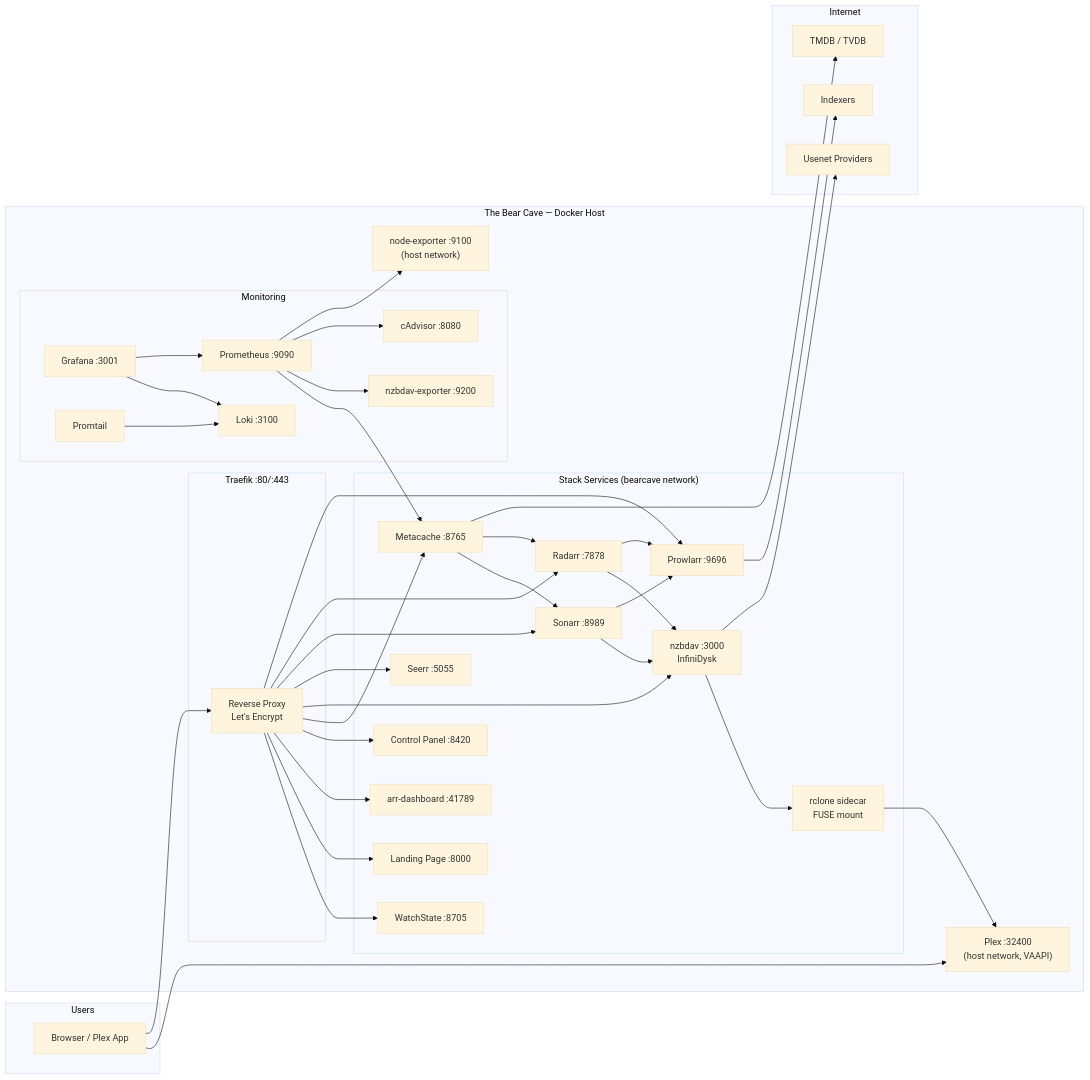
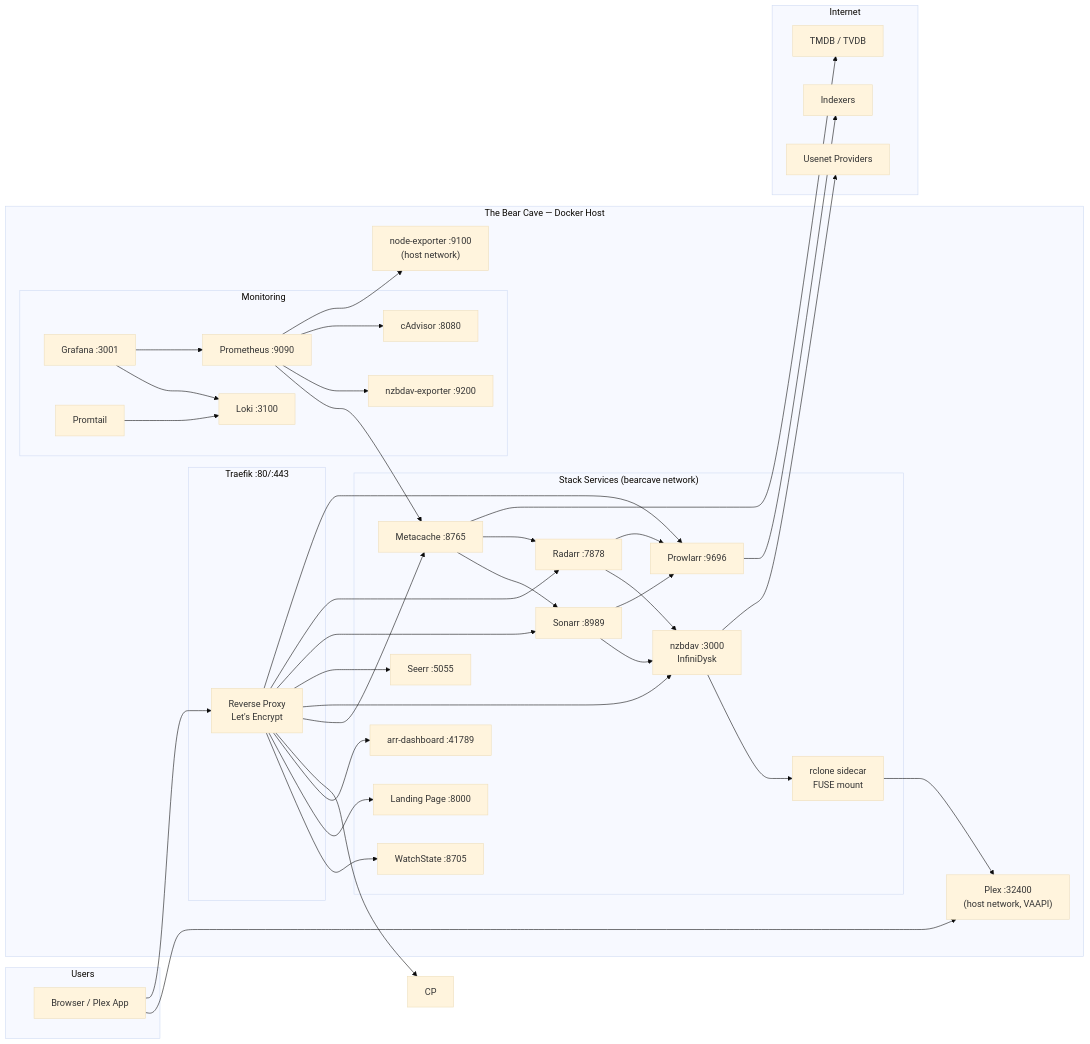
The first of 7 diagrams in docs/architecture.md (WhispersOfJ/thebearcave), drawn with Mermaid (base theme) before and after one commit. The commit also changed other lines of this file and 27 other files, not shown here.

First line of the commit message:
chore: finish control panel removal cleanup

````diff
--- a/docs/architecture.md
+++ b/docs/architecture.md
@@ -10,61 +10,60 @@
 ```mermaid
 flowchart LR
     subgraph Users
         U[Browser / Plex App]
     end
 
     subgraph "The Bear Cave — Docker Host"
         subgraph Traefik["Traefik :80/:443"]
             T[Reverse Proxy<br/>Let's Encrypt]
         end
 
         subgraph Services["Stack Services (bearcave network)"]
             Prow[Prowlarr :9696]
             Rad[Radarr :7878]
             Son[Sonarr :8989]
             Seerr[Seerr :5055]
             NZB[nzbdav :3000<br/>InfiniDysk]
             RCL[rclone sidecar<br/>FUSE mount]
             Meta[Metacache :8765]
-            CP[Control Panel :8420]
             ARR[arr-dashboard :41789]
             LP[Landing Page :8000]
             WS[WatchState :8705]
         end
 
         subgraph Monitoring["Monitoring"]
             Prom[Prometheus :9090]
             Graf[Grafana :3001]
             Loki[Loki :3100]
             Promtail[Promtail]
             Cad[cAdvisor :8080]
             NExp[nzbdav-exporter :9200]
         end
 
         Plex["Plex :32400<br/>(host network, VAAPI)"]
         NExpNode["node-exporter :9100<br/>(host network)"]
     end
 
     subgraph Internet["Internet"]
         Usenet[Usenet Providers]
         Indexers[Indexers]
         TMDB[TMDB / TVDB]
     end
 
     U --> T
     U --> Plex
     T --> Prow & Rad & Son & Seerr & NZB & Meta & CP & ARR & LP & WS
     Prow --> Indexers
     Rad --> Prow
     Son --> Prow
     Rad --> NZB
     Son --> NZB
     NZB --> Usenet
     NZB --> RCL
     RCL --> Plex
     Meta --> TMDB
     Meta --> Rad & Son
     Prom --> NExpNode & Cad & NExp & Meta
     Promtail --> Loki
     Graf --> Prom & Loki
 ```
````
